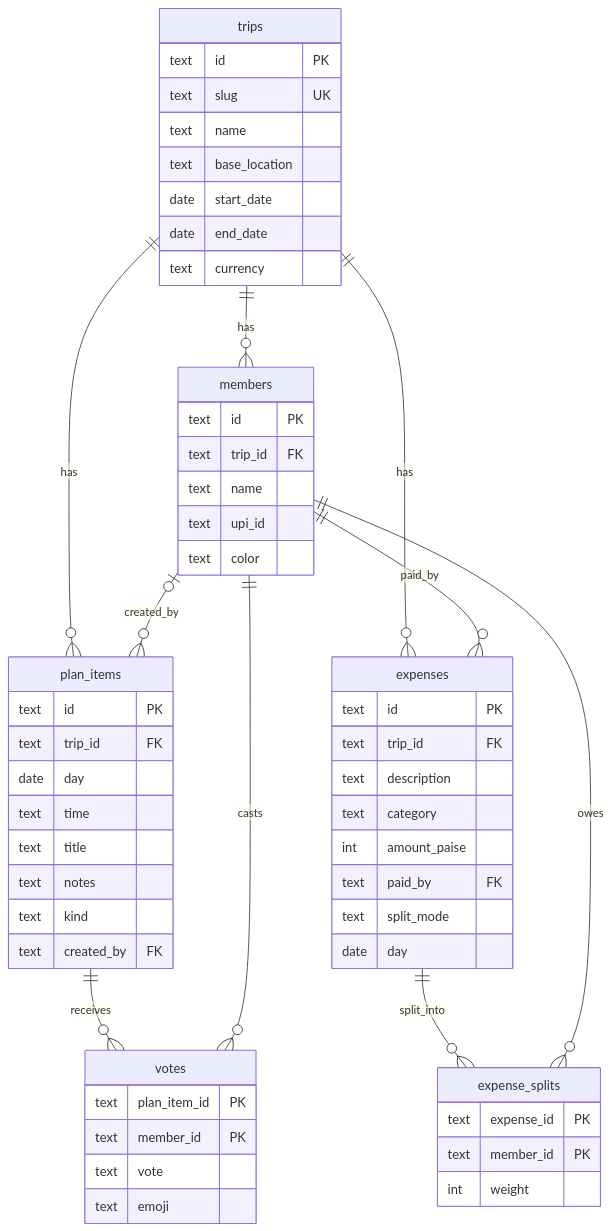
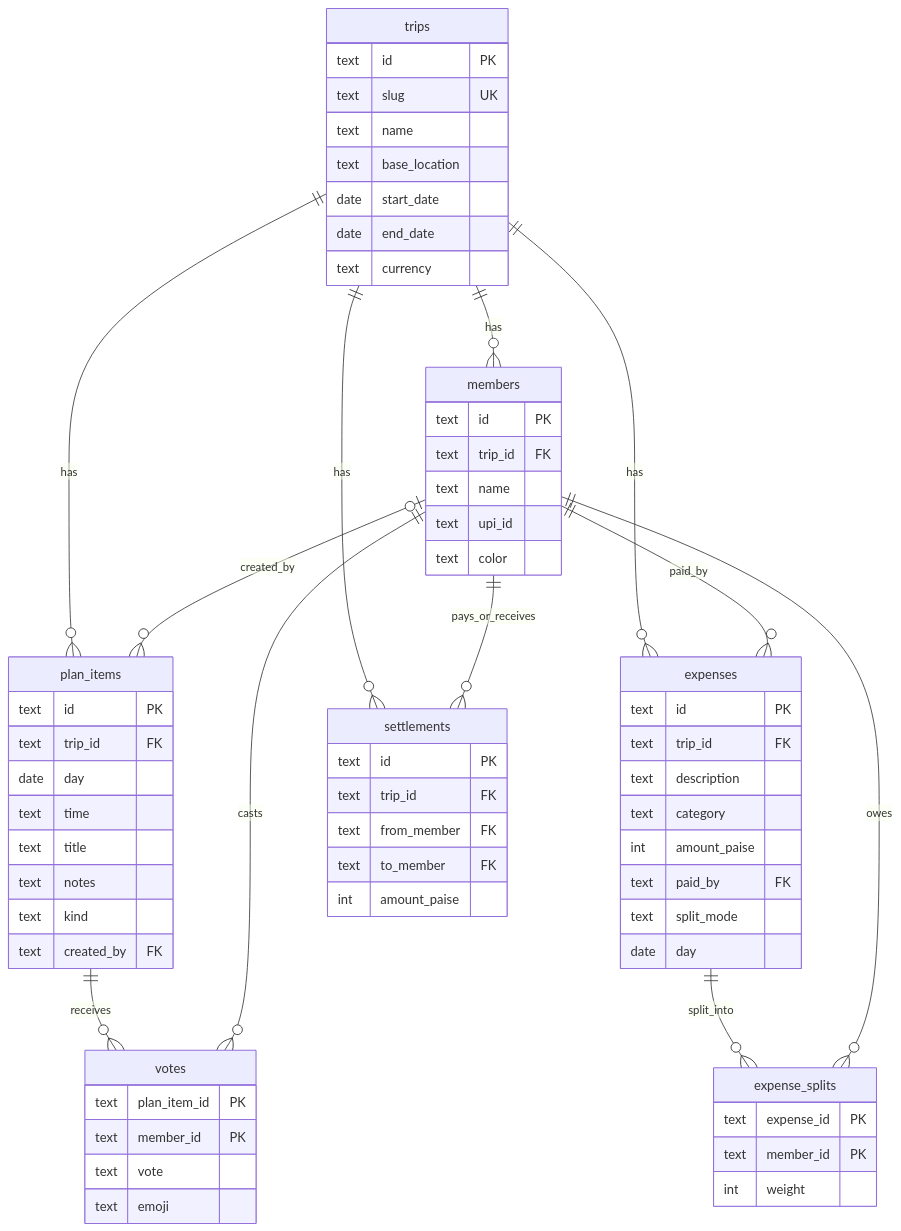
Before and after one commit to steve-mathai/tripsplit: the second of 3 diagrams in docs/architecture.md, drawn with Mermaid. The commit also changed other lines of this file and 11 other files, not shown here.

````diff
--- a/docs/architecture.md
+++ b/docs/architecture.md
@@ -93,60 +93,69 @@
 ```mermaid
 erDiagram
   trips ||--o{ members : has
   trips ||--o{ plan_items : has
   trips ||--o{ expenses : has
+  trips ||--o{ settlements : has
+  members ||--o{ settlements : pays_or_receives
   plan_items ||--o{ votes : receives
   members ||--o{ votes : casts
   expenses ||--o{ expense_splits : split_into
   members ||--o{ expense_splits : owes
   members ||--o{ expenses : paid_by
   members |o--o{ plan_items : created_by
 
   trips {
     text id PK
     text slug UK
     text name
     text base_location
     date start_date
     date end_date
     text currency
   }
   members {
     text id PK
     text trip_id FK
     text name
     text upi_id
     text color
   }
   plan_items {
     text id PK
     text trip_id FK
     date day
     text time
     text title
     text notes
     text kind
     text created_by FK
   }
   votes {
     text plan_item_id PK
     text member_id PK
     text vote
     text emoji
   }
   expenses {
     text id PK
     text trip_id FK
     text description
     text category
     int amount_paise
     text paid_by FK
     text split_mode
     date day
   }
   expense_splits {
     text expense_id PK
     text member_id PK
     int weight
   }
+  settlements {
+    text id PK
+    text trip_id FK
+    text from_member FK
+    text to_member FK
+    int amount_paise
+  }
 ```
````
